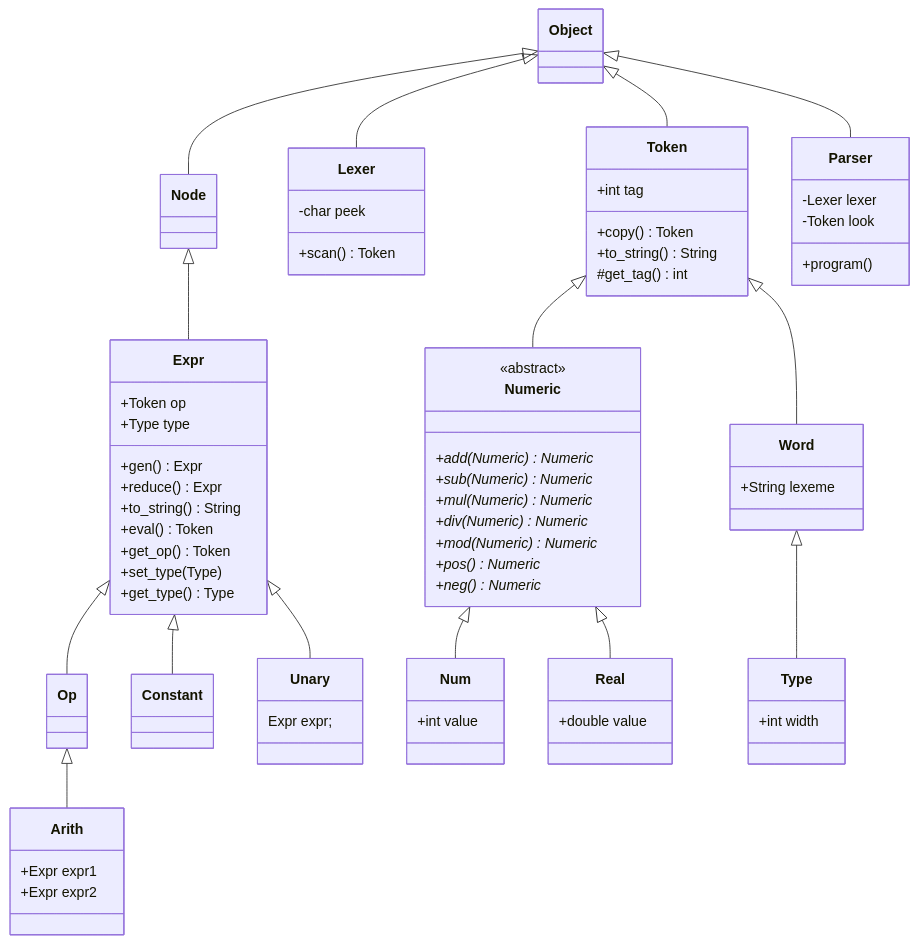
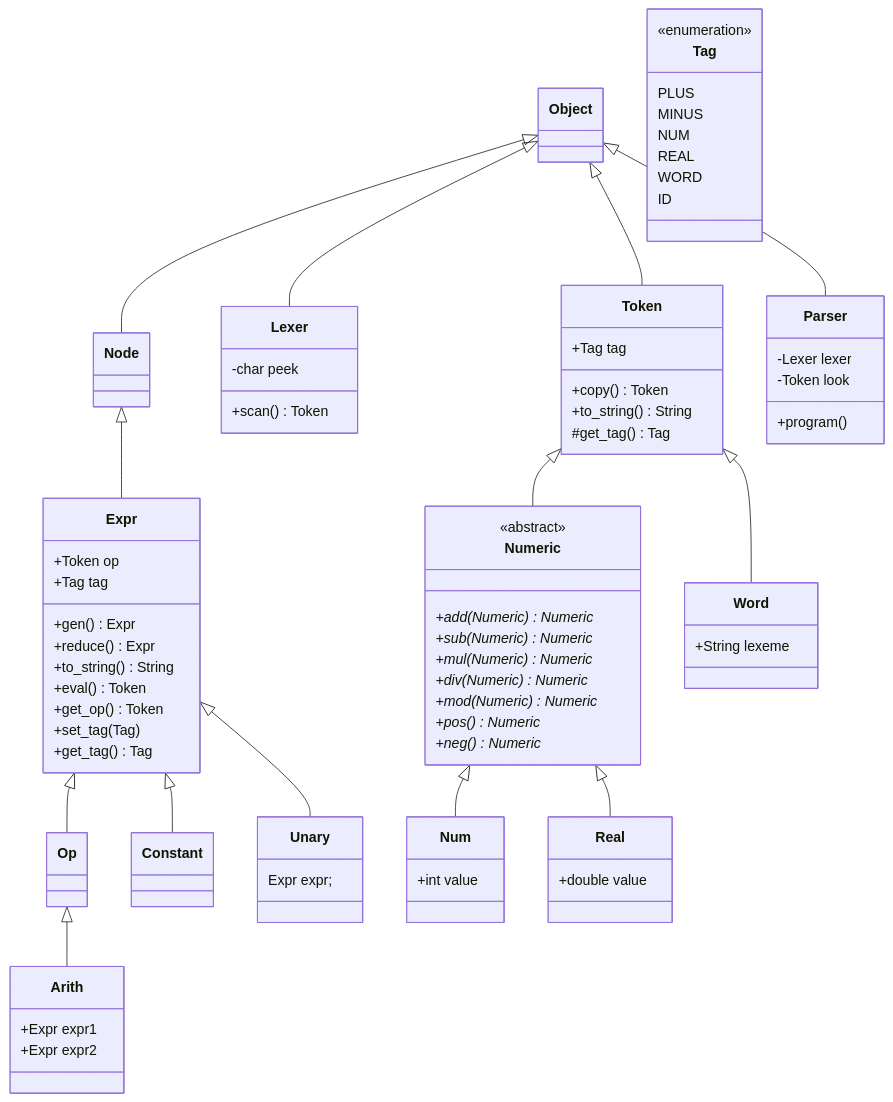
Before and after one commit to nwhean/42_computorv: the diagram in diagram.md, drawn with Mermaid. The commit also changed 21 other files, not shown here.

````diff
--- a/diagram.md
+++ b/diagram.md
@@ -14,14 +14,14 @@
 
 	class Expr {
 		+Token op
-		+Type type
+		+Tag tag
 		+gen() Expr
 		+reduce() Expr
 		+to_string() String
 		+eval() Token
 		+get_op() Token
-		+set_type(Type)
-		+get_type() Type
+		+set_tag(Tag)
+		+get_tag() Tag
 	}
 
 	Object <|-- Node
@@ -69,11 +69,21 @@
 
 	Object <|-- Token
 
+	class Tag {
+		<<enumeration>>
+		PLUS
+		MINUS
+		NUM
+		REAL
+		WORD
+		ID
+	}
+
 	class Token {
-		+int tag
+		+Tag tag
 		+copy() Token
 		+to_string() String
-		#get_tag() int
+		#get_tag() Tag
 	}
 
 	Token <|-- Word
@@ -92,13 +102,4 @@
 		-Token look
 		+program()
 	}
-
-
-	%% symbols
-
-	Word <|-- Type
-
-	class Type {
-		+int width
-	}
 ```
````
